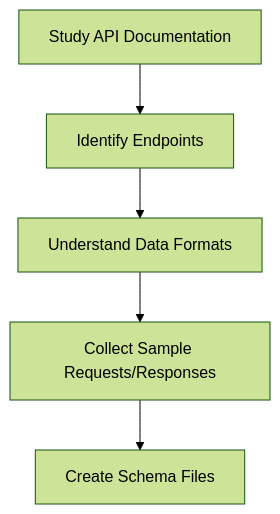
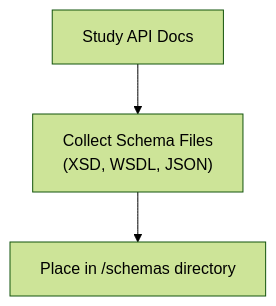
Before and after one commit to karrioapi/karrio: the first of 4 diagrams in apps/web/src/app/docs/developing/carrier-integration/schema-generation/page.mdx, drawn with Mermaid (forest theme). The commit also changed other lines of this file and 17 other files, not shown here.

````diff
--- a/apps/web/src/app/docs/developing/carrier-integration/schema-generation/page.mdx
+++ b/apps/web/src/app/docs/developing/carrier-integration/schema-generation/page.mdx
@@ -21,7 +25,5 @@
 ```mermaid
 flowchart TD
-    A[Study API Documentation] --> B[Identify Endpoints]
-    B --> C[Understand Data Formats]
-    C --> D[Collect Sample Requests/Responses]
-    D --> E[Create Schema Files]
+    A["Study API Docs"] --> B["Collect Schema Files<br/>(XSD, WSDL, JSON)"]
+    B --> C["Place in /schemas directory"]
 ```
````
